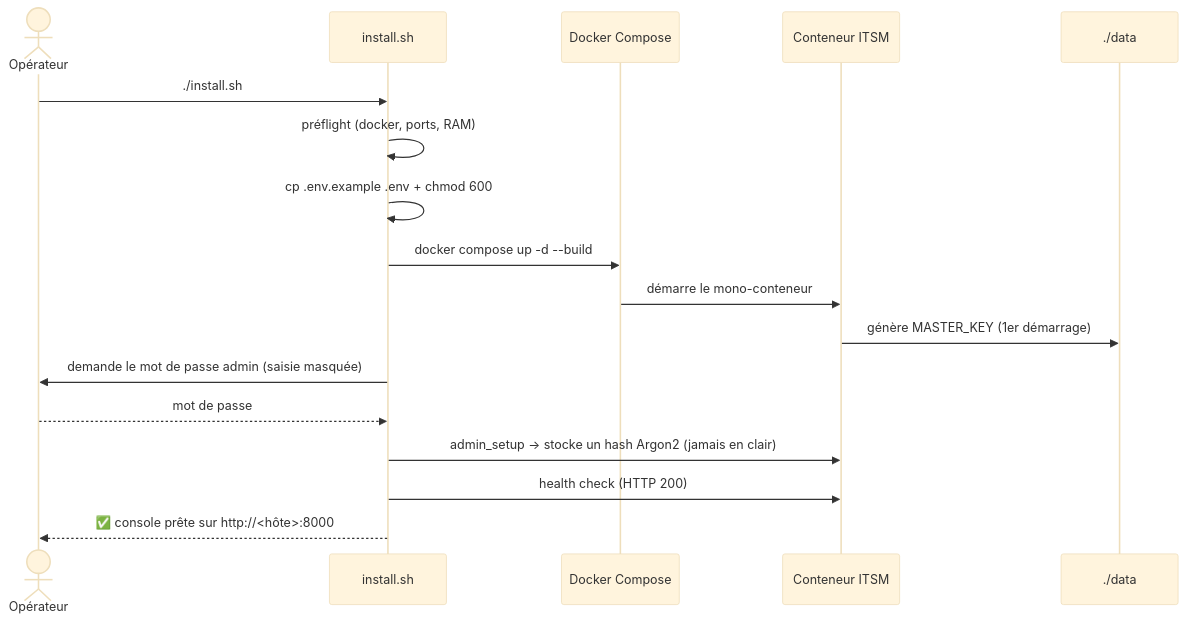
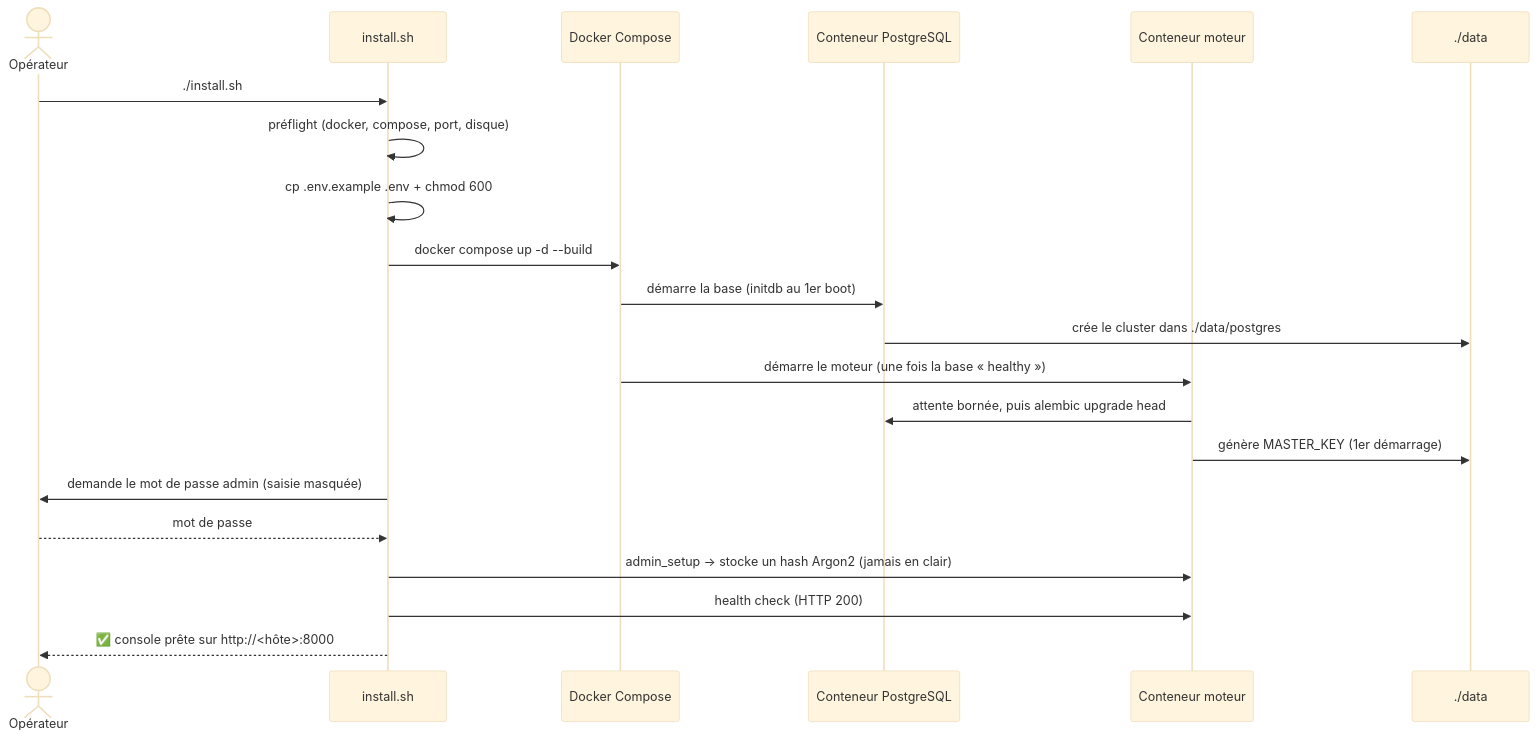
The third of 7 diagrams in docs/guide-fonctionnement.md (WicaebethTheo/itsm-modern-ai), drawn with Mermaid (base theme) before and after one commit. The commit also changed other lines of this file and 66 other files, not shown here.

````diff
--- a/docs/guide-fonctionnement.md
+++ b/docs/guide-fonctionnement.md
@@ -124,20 +134,24 @@
 ```mermaid
 sequenceDiagram
     actor Op as Opérateur
     participant Sh as install.sh
     participant Dk as Docker Compose
-    participant Ct as Conteneur ITSM
+    participant Pg as Conteneur PostgreSQL
+    participant Ct as Conteneur moteur
     participant Data as ./data
 
     Op->>Sh: ./install.sh
-    Sh->>Sh: préflight (docker, ports, RAM)
+    Sh->>Sh: préflight (docker, compose, port, disque)
     Sh->>Sh: cp .env.example .env + chmod 600
     Sh->>Dk: docker compose up -d --build
-    Dk->>Ct: démarre le mono-conteneur
+    Dk->>Pg: démarre la base (initdb au 1er boot)
+    Pg->>Data: crée le cluster dans ./data/postgres
+    Dk->>Ct: démarre le moteur (une fois la base « healthy »)
+    Ct->>Pg: attente bornée, puis alembic upgrade head
     Ct->>Data: génère MASTER_KEY (1er démarrage)
     Sh->>Op: demande le mot de passe admin (saisie masquée)
     Op-->>Sh: mot de passe
     Sh->>Ct: admin_setup → stocke un hash Argon2 (jamais en clair)
     Sh->>Ct: health check (HTTP 200)
     Sh-->>Op: ✅ console prête sur http://<hôte>:8000
 ```
````
